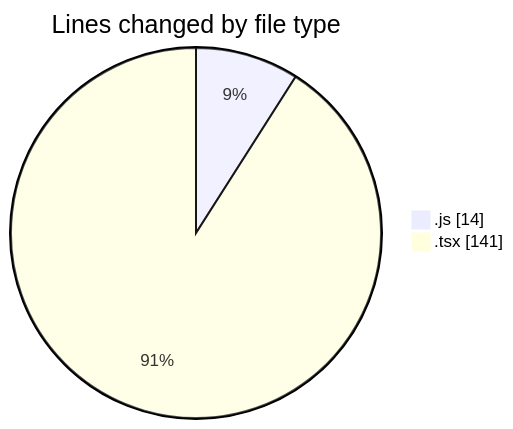
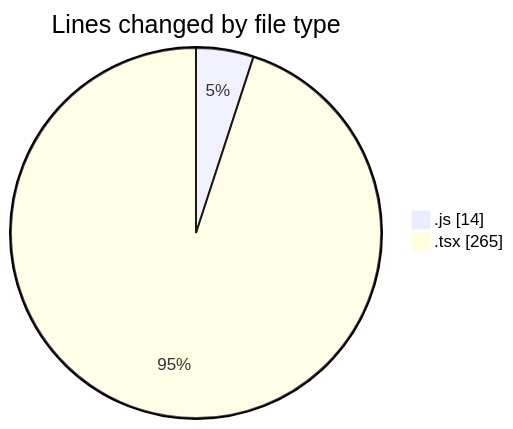
One commit to Ritupan-Deka/code-tracking changed the first of 2 diagrams in 2025-05-22/___base/README.md. Above: the diagram before and after it, drawn with Mermaid. The commit also changed other lines of this file and 1 other file, not shown here.

````diff
--- a/2025-05-22/___base/README.md
+++ b/2025-05-22/___base/README.md
@@ -22,6 +22,6 @@
 ```mermaid
 pie showData
 title Lines changed by file type
 ".js" : 14
-".tsx" : 141
+".tsx" : 265
 ```
````
